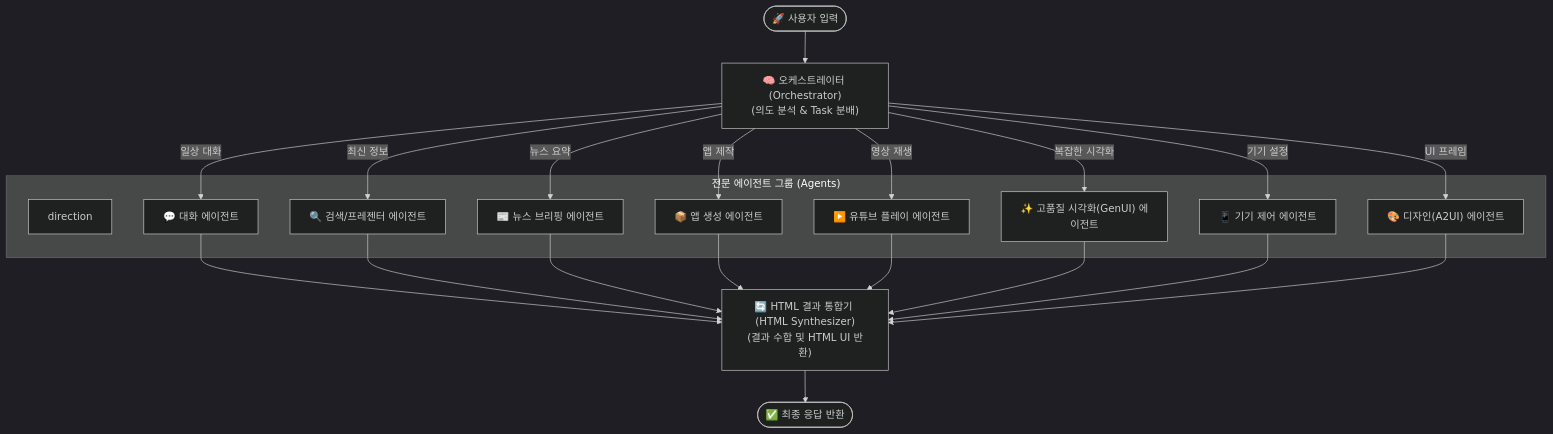
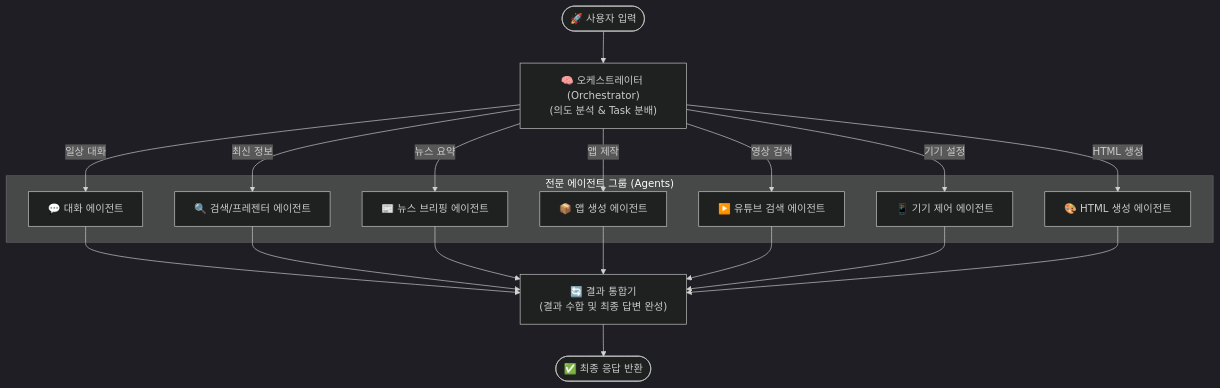
Before and after one commit to shyunMin/tizen-home-agent: the first of 3 diagrams in README.md, drawn with Mermaid (dark theme). The commit also changed other lines of this file, not shown here.

Commit message:
Update README.md architecture diagram and agent naming

````diff
--- a/README.md
+++ b/README.md
@@ -18,36 +18,32 @@
 ```mermaid
 graph TD
     START([🚀 사용자 입력]) --> Orchestrator["🧠 오케스트레이터 (Orchestrator)\n(의도 분석 & Task 분배)"]
     
     subgraph Agents ["전문 에이전트 그룹 (Agents)"]
-        direction 
         ChatAgent["💬 대화 에이전트"]
         SearchAgent["🔍 검색/프레젠터 에이전트"]
         BriefingAgent["📰 뉴스 브리핑 에이전트"]
         AppGenAgent["📦 앱 생성 에이전트"]
-        YouTubeAgent["▶️ 유튜브 플레이 에이전트"]
-        GenUIAgent["✨ 고품질 시각화(GenUI) 에이전트"]
+        YouTubeAgent["▶️ 유튜브 검색 에이전트"]
         DeviceAgent["📱 기기 제어 에이전트"]
-        DesignAgent["🎨 디자인(A2UI) 에이전트"]
+        HTMLGenAgent["🎨 HTML 생성 에이전트"]
     end
     
     Orchestrator -->|일상 대화| ChatAgent
     Orchestrator -->|최신 정보| SearchAgent
     Orchestrator -->|뉴스 요약| BriefingAgent
     Orchestrator -->|앱 제작| AppGenAgent
-    Orchestrator -->|영상 재생| YouTubeAgent
-    Orchestrator -->|복잡한 시각화| GenUIAgent
+    Orchestrator -->|영상 검색| YouTubeAgent
     Orchestrator -->|기기 설정| DeviceAgent
-    Orchestrator -->|UI 프레임| DesignAgent
+    Orchestrator -->|HTML 생성| HTMLGenAgent
     
-    ChatAgent --> HTMLSynthesizer
-    SearchAgent --> HTMLSynthesizer
-    BriefingAgent --> HTMLSynthesizer
-    AppGenAgent --> HTMLSynthesizer
-    YouTubeAgent --> HTMLSynthesizer
-    GenUIAgent --> HTMLSynthesizer
-    DeviceAgent --> HTMLSynthesizer
-    DesignAgent --> HTMLSynthesizer
+    ChatAgent --> ResultIntegrator
+    SearchAgent --> ResultIntegrator
+    BriefingAgent --> ResultIntegrator
+    AppGenAgent --> ResultIntegrator
+    YouTubeAgent --> ResultIntegrator
+    DeviceAgent --> ResultIntegrator
+    HTMLGenAgent --> ResultIntegrator
     
-    HTMLSynthesizer["🔄 HTML 결과 통합기 (HTML Synthesizer)\n(결과 수합 및 HTML UI 반환)"] --> END([✅ 최종 응답 반환])
+    ResultIntegrator["🔄 결과 통합기\n(결과 수합 및 최종 답변 완성)"] --> END([✅ 최종 응답 반환])
 ```
````
